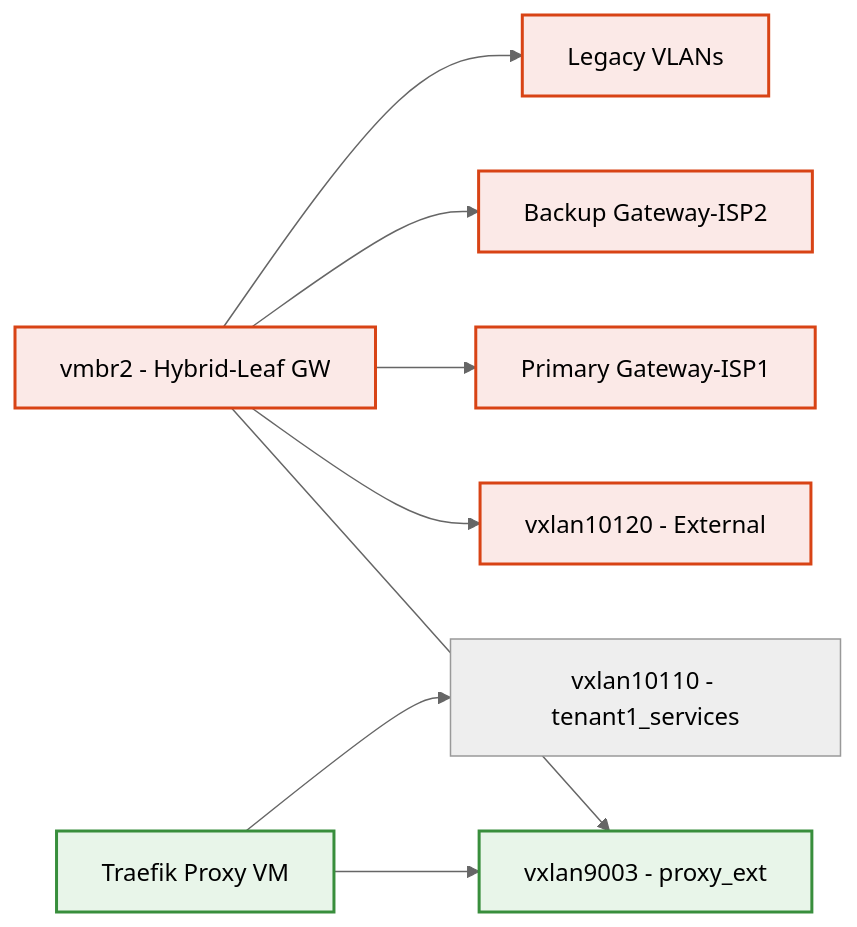
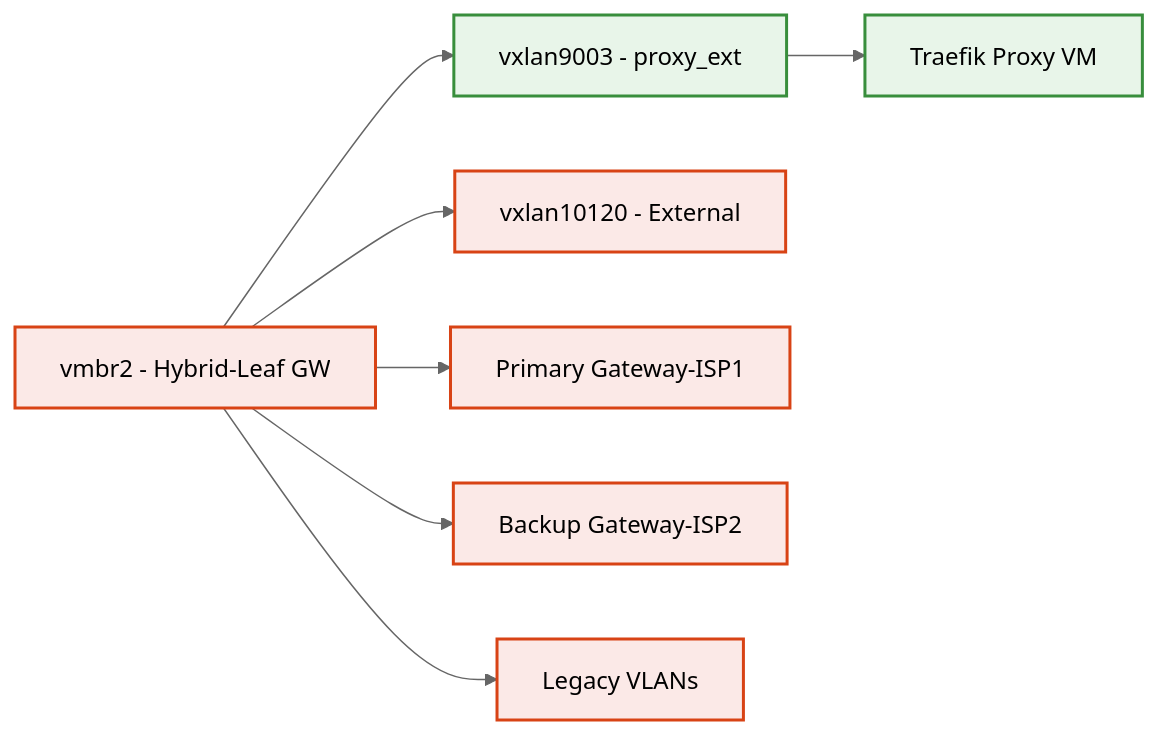
The fourth of 4 diagrams in README.md (CEP-Comwell/proxmox_addons), drawn with Mermaid (neutral theme) before and after one commit.

````diff
--- a/README.md
+++ b/README.md
@@ -123,22 +123,22 @@
 ```mermaid
 graph LR
 ExtBridge[vmbr2 - Hybrid-Leaf GW]
 VX9003[vxlan9003 - proxy_ext]
-VX10110[vxlan10110 - tenant1_services]
 VX10120[vxlan10120 - External]
-ProxyVM[Traefik Proxy VM]
 Gateway1[Primary Gateway-ISP1]
 Gateway2[Backup Gateway-ISP2]
 LegacyVLAN[Legacy VLANs]
+ProxyVM[Traefik Proxy VM]
+
 ExtBridge --> VX9003
 ExtBridge --> VX10120
 ExtBridge --> Gateway1
 ExtBridge --> Gateway2
 ExtBridge --> LegacyVLAN
-ProxyVM --> VX9003
-ProxyVM --> VX10110
+VX9003 --> ProxyVM
+
 classDef ext fill:#fbe9e7,stroke:#d84315,stroke-width:2px;
 classDef proxy fill:#e8f5e9,stroke:#388e3c,stroke-width:2px;
 class ExtBridge,VX10120,Gateway1,Gateway2,LegacyVLAN ext;
 class VX9003,ProxyVM proxy;
 ```
````
